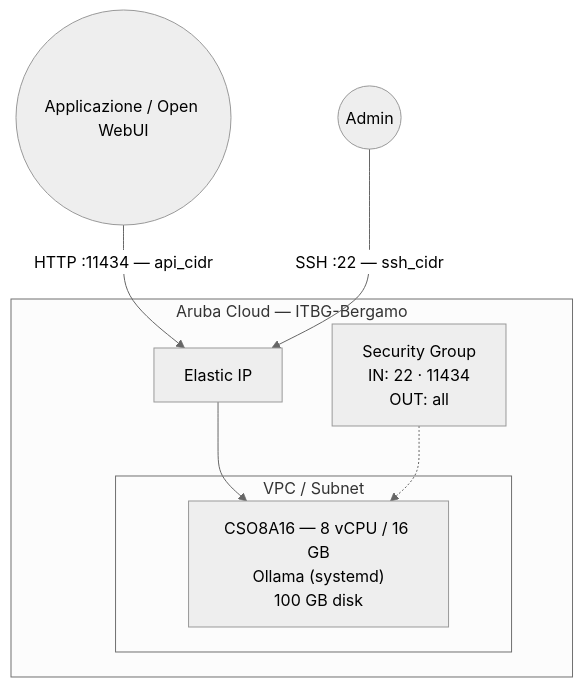
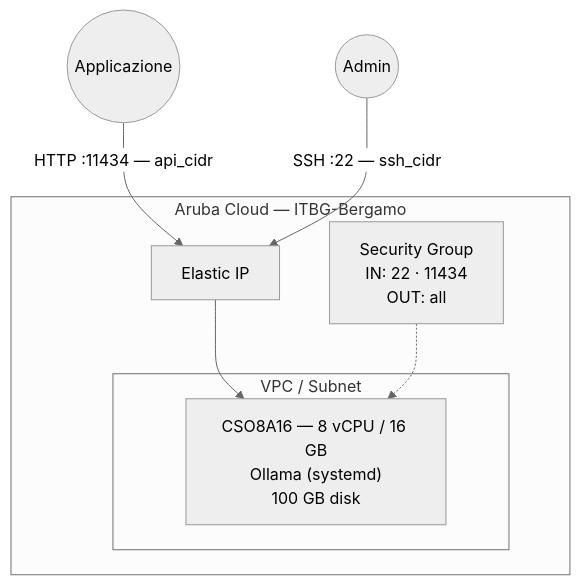
One commit to Arubacloud/terraform-arubacloud-examples changed the diagram in docs/website/i18n/it/docusaurus-plugin-content-docs/current/examples/ollama.md. Above: the diagram before and after it, drawn with Mermaid (neutral theme). The commit also changed other lines of this file and 16 other files, not shown here.

First line of the commit message:
remove(open-webui): remove Open WebUI example and all references

````diff
--- a/docs/website/i18n/it/docusaurus-plugin-content-docs/current/examples/ollama.md
+++ b/docs/website/i18n/it/docusaurus-plugin-content-docs/current/examples/ollama.md
@@ -23,15 +23,15 @@
 ```mermaid
 graph TB
-    App((Applicazione / Open WebUI)) -->|HTTP :11434 — api_cidr| EIP[Elastic IP]
+    App((Applicazione)) -->|HTTP :11434 — api_cidr| EIP[Elastic IP]
     Admin((Admin)) -->|SSH :22 — ssh_cidr| EIP
 
     subgraph AC["Aruba Cloud — ITBG-Bergamo"]
         subgraph VPC["VPC / Subnet"]
             VM["CSO8A16 — 8 vCPU / 16 GB\nOllama (systemd)\n100 GB disk"]
         end
         EIP --> VM
         SG["Security Group\nIN: 22 · 11434\nOUT: all"]
     end
 
     SG -.-> VM
 ```
````
